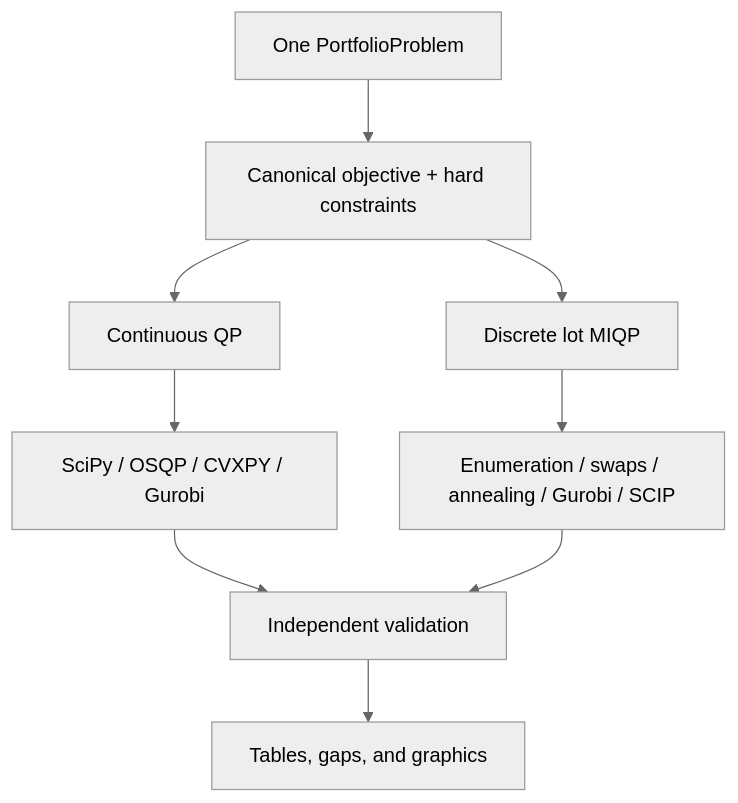
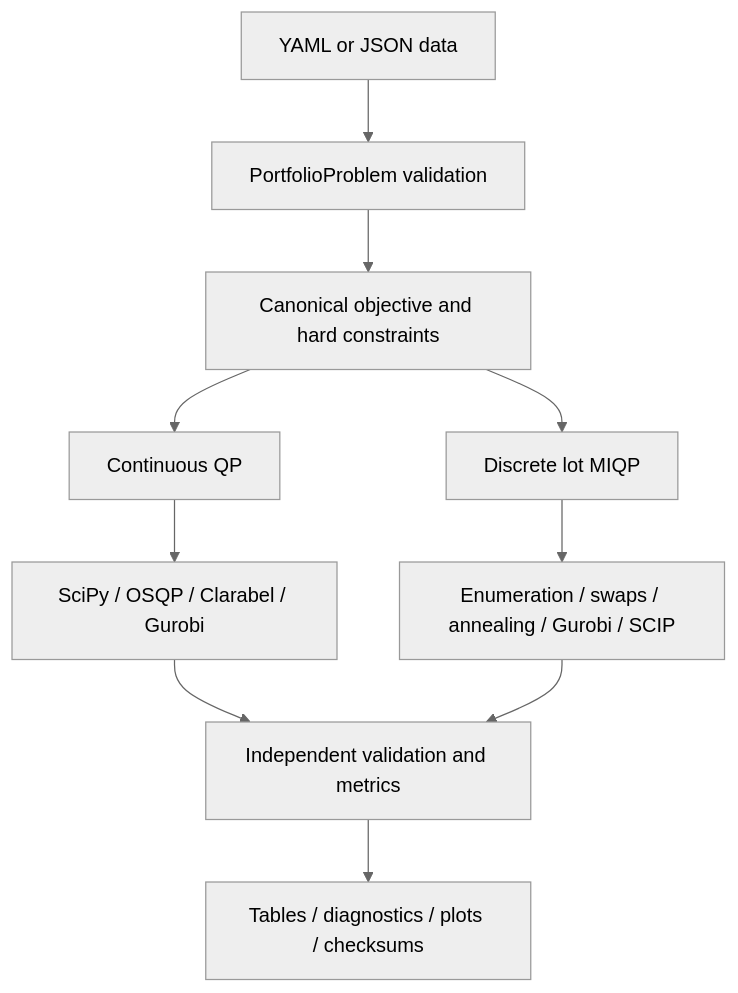
The diagram in README.md (apomorovv/vanguard-multi-asset-portfolio), drawn with Mermaid (neutral theme) before and after one commit. The commit also changed other lines of this file and 36 other files, not shown here.

````diff
--- a/README.md
+++ b/README.md
@@ -21,11 +26,12 @@
 ```mermaid
 flowchart TD
-    D["One PortfolioProblem"] --> M["Canonical objective + hard constraints"]
+    D["YAML or JSON data"] --> S["PortfolioProblem validation"]
+    S --> M["Canonical objective and hard constraints"]
     M --> C["Continuous QP"]
     M --> I["Discrete lot MIQP"]
-    C --> CS["SciPy / OSQP / CVXPY / Gurobi"]
+    C --> CS["SciPy / OSQP / Clarabel / Gurobi"]
     I --> IS["Enumeration / swaps / annealing / Gurobi / SCIP"]
-    CS --> V["Independent validation"]
+    CS --> V["Independent validation and metrics"]
     IS --> V
-    V --> R["Tables, gaps, and graphics"]
+    V --> R["Tables / diagnostics / plots / checksums"]
 ```
````
